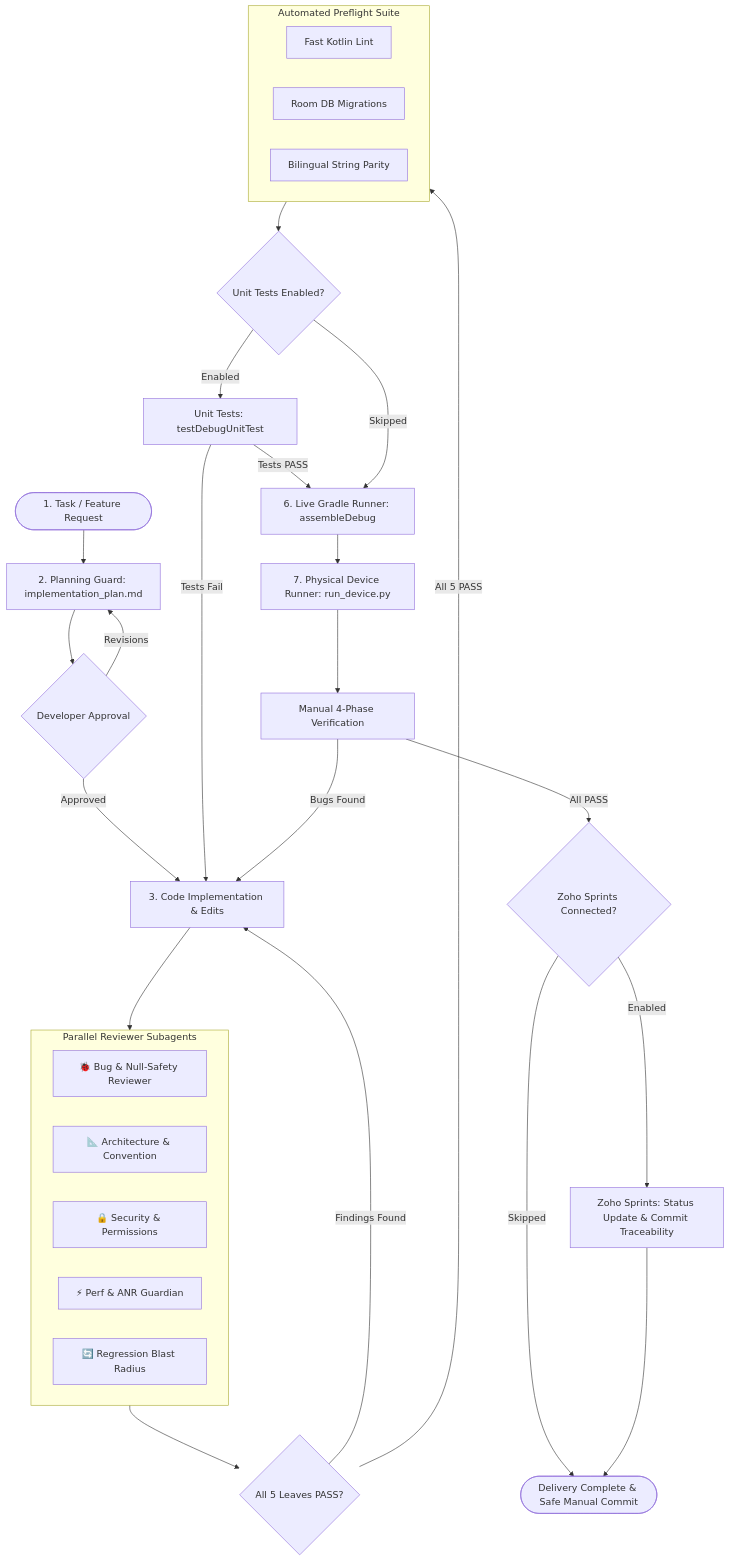
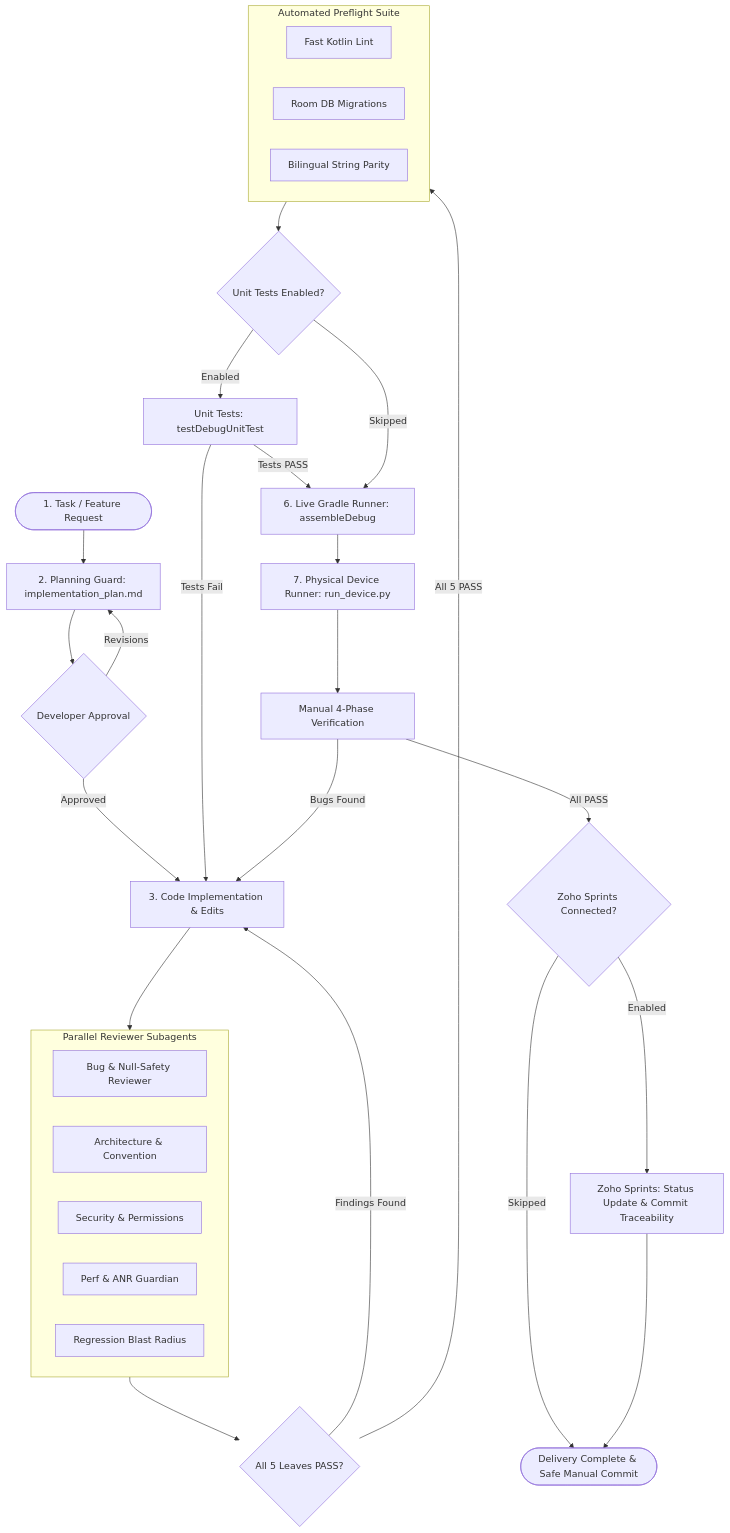
The first of 2 diagrams in README.md (rabee-elkholy/android-agent-harness), drawn with Mermaid before and after one commit. The commit also changed other lines of this file and 6 other files, not shown here.

````diff
--- a/README.md
+++ b/README.md
@@ -107,40 +107,40 @@
 ```mermaid
 flowchart TD
     Start(["1. Task / Feature Request"]) --> Plan["2. Planning Guard: implementation_plan.md"]
     Plan --> Approval{"Developer Approval"}
     Approval -- Revisions --> Plan
     Approval -- Approved --> Code["3. Code Implementation & Edits"]
     
     Code --> ReviewGate["4. Five-Leaf Parallel Review Gate"]
     subgraph ReviewGate ["Parallel Reviewer Subagents"]
-        R1["🐞 Bug & Null-Safety Reviewer"]
-        R2["📐 Architecture & Convention"]
-        R3["🔒 Security & Permissions"]
-        R4["⚡ Perf & ANR Guardian"]
-        R5["🔄 Regression Blast Radius"]
+        R1["Bug & Null-Safety Reviewer"]
+        R2["Architecture & Convention"]
+        R3["Security & Permissions"]
+        R4["Perf & ANR Guardian"]
+        R5["Regression Blast Radius"]
     end
     
     ReviewGate --> Verdict{"All 5 Leaves PASS?"}
     Verdict -- Findings Found --> Code
     Verdict -- All 5 PASS --> Preflight["5. Preflight Sanity Verification"]
     
     subgraph Preflight ["Automated Preflight Suite"]
         P1["Fast Kotlin Lint"]
         P2["Room DB Migrations"]
         P3["Bilingual String Parity"]
     end
     
     Preflight --> TestCheck{"Unit Tests Enabled?"}
     TestCheck -- Enabled --> UnitTests["Unit Tests: testDebugUnitTest"]
     UnitTests -- Tests Fail --> Code
     UnitTests -- Tests PASS --> Gradle["6. Live Gradle Runner: assembleDebug"]
     TestCheck -- Skipped --> Gradle
     
     Gradle --> Device["7. Physical Device Runner: run_device.py"]
     Device --> ManualSignoff["Manual 4-Phase Verification"]
     ManualSignoff -- Bugs Found --> Code
     ManualSignoff -- All PASS --> ZohoCheck{"Zoho Sprints Connected?"}
     ZohoCheck -- Enabled --> Zoho["Zoho Sprints: Status Update & Commit Traceability"]
     ZohoCheck -- Skipped --> Finish(["Delivery Complete & Safe Manual Commit"])
     Zoho --> Finish
 ```
````
